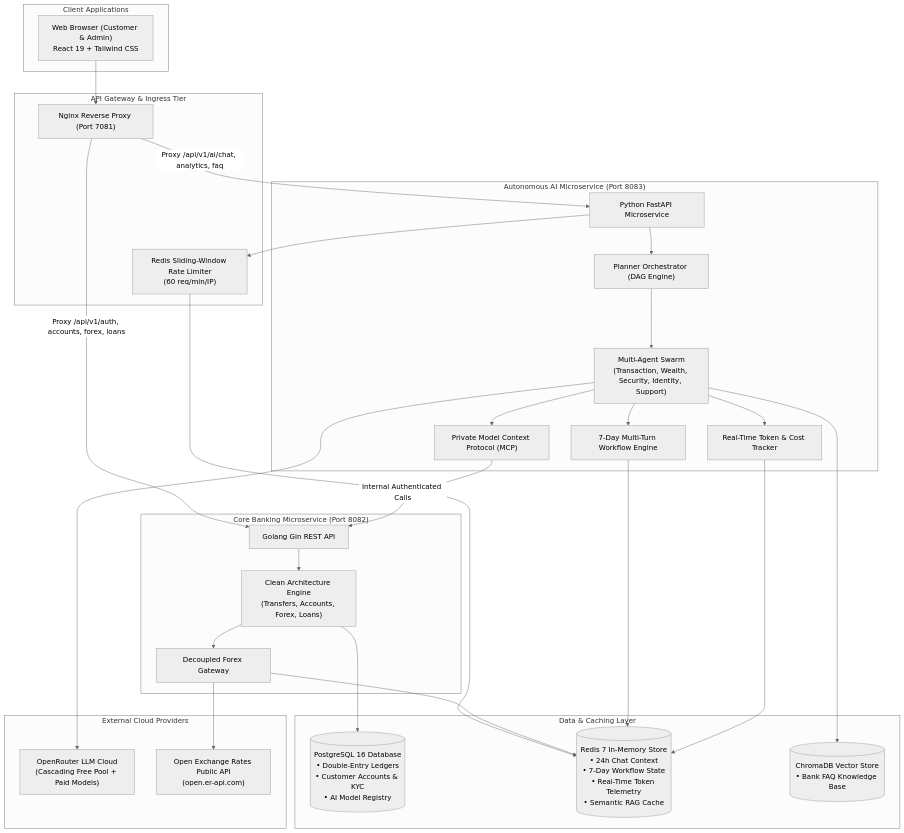
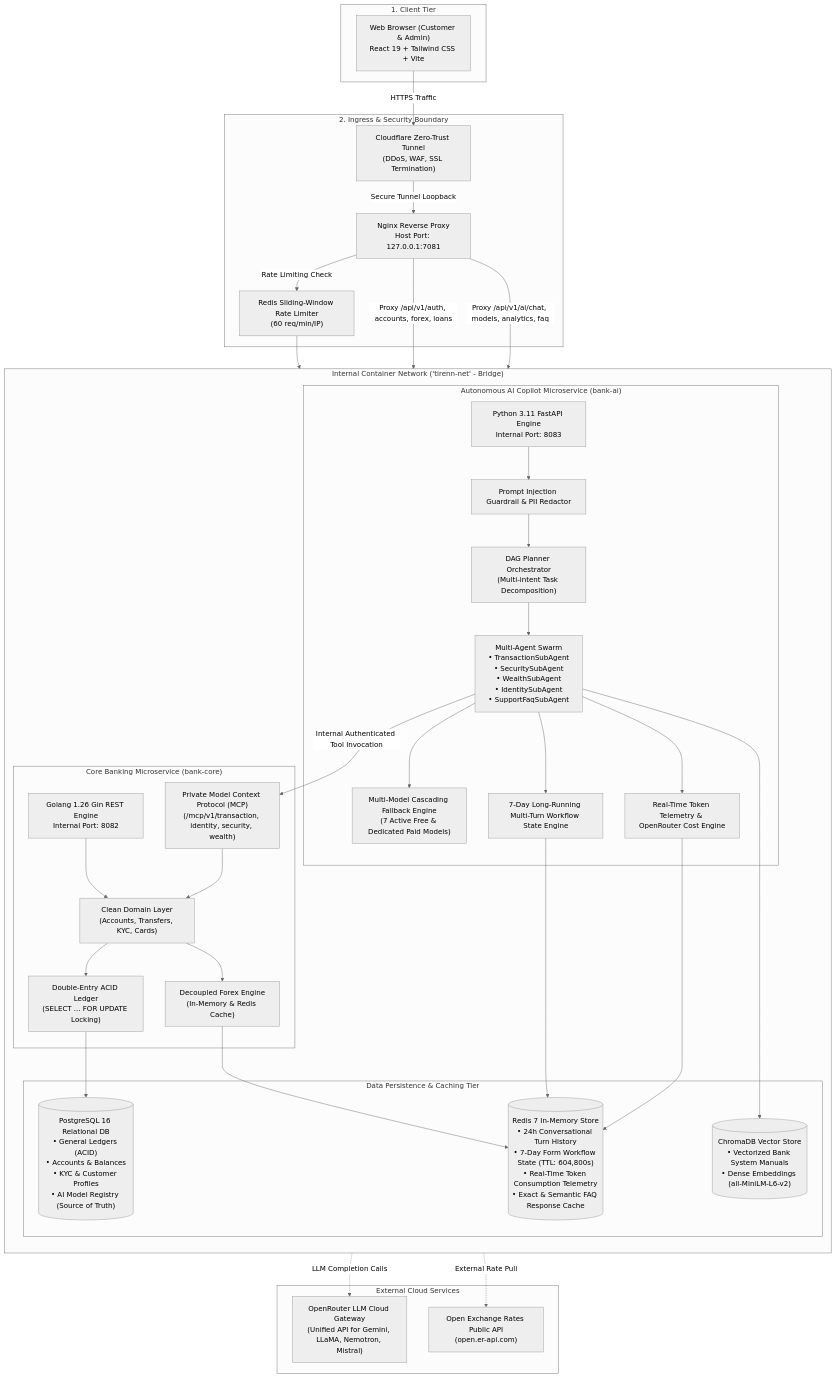
Before and after one commit to tirenn/bank: the first of 5 diagrams in ARCHITECTURE.md, drawn with Mermaid (neutral theme). The commit also changed other lines of this file and 2 other files, not shown here.

Commit message:
docs: add architecture and LLD flow diagrams and update documentation reference

````diff
--- a/ARCHITECTURE.md
+++ b/ARCHITECTURE.md
@@ -11,63 +15,77 @@
 ```mermaid
 flowchart TB
-    subgraph Clients ["Client Applications"]
-        WebClient["Web Browser (Customer & Admin)<br/>React 19 + Tailwind CSS"]
+    subgraph ClientTier ["1. Client Tier"]
+        WebClient["Web Browser (Customer & Admin)<br/>React 19 + Tailwind CSS + Vite"]
     end
 
-    subgraph Ingress ["API Gateway & Ingress Tier"]
-        Nginx["Nginx Reverse Proxy (Port 7081)"]
+    subgraph IngressTier ["2. Ingress & Security Boundary"]
+        CFTunnel["Cloudflare Zero-Trust Tunnel<br/>(DDoS, WAF, SSL Termination)"]
+        Nginx["Nginx Reverse Proxy<br/>Host Port: 127.0.0.1:7081"]
         RateLimiter["Redis Sliding-Window Rate Limiter<br/>(60 req/min/IP)"]
     end
 
-    subgraph CoreBanking ["Core Banking Microservice (Port 8082)"]
-        GinAPI["Golang Gin REST API"]
-        CleanArch["Clean Architecture Engine<br/>(Transfers, Accounts, Forex, Loans)"]
-        ForexGateway["Decoupled Forex Gateway"]
+    subgraph DockerNetwork ["Internal Container Network ('tirenn-net' - Bridge)"]
+        direction TB
+
+        subgraph CoreService ["Core Banking Microservice (bank-core)"]
+            GinAPI["Golang 1.26 Gin REST Engine<br/>Internal Port: 8082"]
+            CleanArch["Clean Domain Layer<br/>(Accounts, Transfers, KYC, Cards)"]
+            ACIDLedger["Double-Entry ACID Ledger<br/>(SELECT ... FOR UPDATE Locking)"]
+            ForexGateway["Decoupled Forex Engine<br/>(In-Memory & Redis Cache)"]
+            MCPServer["Private Model Context Protocol (MCP)<br/>(/mcp/v1/transaction, identity, security, wealth)"]
+        end
+
+        subgraph AIService ["Autonomous AI Copilot Microservice (bank-ai)"]
+            FastAPI["Python 3.11 FastAPI Engine<br/>Internal Port: 8083"]
+            Guardrails["Prompt Injection Guardrail & PII Redactor"]
+            Planner["DAG Planner Orchestrator<br/>(Multi-intent Task Decomposition)"]
+            SubAgents["Multi-Agent Swarm<br/>• TransactionSubAgent<br/>• SecuritySubAgent<br/>• WealthSubAgent<br/>• IdentitySubAgent<br/>• SupportFaqSubAgent"]
+            WorkflowEngine["7-Day Long-Running Multi-Turn Workflow State Engine"]
+            CostTracker["Real-Time Token Telemetry & OpenRouter Cost Engine"]
+            FallbackQueue["Multi-Model Cascading Fallback Engine<br/>(7 Active Free & Dedicated Paid Models)"]
+        end
+
+        subgraph DataLayer ["Data Persistence & Caching Tier"]
+            Postgres[("PostgreSQL 16 Relational DB<br/>• General Ledgers (ACID)<br/>• Accounts & Balances<br/>• KYC & Customer Profiles<br/>• AI Model Registry (Source of Truth)")]
+            RedisStore[("Redis 7 In-Memory Store<br/>• 24h Conversational Turn History<br/>• 7-Day Form Workflow State (TTL: 604,800s)<br/>• Real-Time Token Consumption Telemetry<br/>• Exact & Semantic FAQ Response Cache")]
+            ChromaStore[("ChromaDB Vector Store<br/>• Vectorized Bank System Manuals<br/>• Dense Embeddings (all-MiniLM-L6-v2)")]
+        end
     end
 
-    subgraph AIService ["Autonomous AI Microservice (Port 8083)"]
-        FastAPI["Python FastAPI Microservice"]
-        Planner["Planner Orchestrator (DAG Engine)"]
-        SubAgents["Multi-Agent Swarm<br/>(Transaction, Wealth, Security, Identity, Support)"]
-        WorkflowEngine["7-Day Multi-Turn Workflow Engine"]
-        CostTracker["Real-Time Token & Cost Tracker"]
-        MCP["Private Model Context Protocol (MCP)"]
-    end
-
-    subgraph DataTier ["Data & Caching Layer"]
-        Postgres[("PostgreSQL 16 Database<br/>• Double-Entry Ledgers<br/>• Customer Accounts & KYC<br/>• AI Model Registry")]
-        RedisStore[("Redis 7 In-Memory Store<br/>• 24h Chat Context<br/>• 7-Day Workflow State<br/>• Real-Time Token Telemetry<br/>• Semantic RAG Cache")]
-        ChromaStore[("ChromaDB Vector Store<br/>• Bank FAQ Knowledge Base")]
-    end
-
-    subgraph ExternalClouds ["External Cloud Providers"]
-        OpenRouter["OpenRouter LLM Cloud<br/>(Cascading Free Pool + Paid Models)"]
+    subgraph ExternalServices ["External Cloud Services"]
+        OpenRouter["OpenRouter LLM Cloud Gateway<br/>(Unified API for Gemini, LLaMA, Nemotron, Mistral)"]
         ForexAPI["Open Exchange Rates Public API<br/>(open.er-api.com)"]
     end
 
-    %% Flow connections
-    WebClient --> Nginx
-    Nginx -->|Proxy /api/v1/auth, accounts, forex, loans| GinAPI
-    Nginx -->|Proxy /api/v1/ai/chat, analytics, faq| FastAPI
-
-    FastAPI --> RateLimiter
+    %% Client and Ingress Connections
+    WebClient -->|HTTPS Traffic| CFTunnel
+    CFTunnel -->|Secure Tunnel Loopback| Nginx
+    Nginx -->|Rate Limiting Check| RateLimiter
     RateLimiter --> RedisStore
 
+    %% Internal Proxy Routing
+    Nginx -->|Proxy /api/v1/auth, accounts, forex, loans| GinAPI
+    Nginx -->|Proxy /api/v1/ai/chat, models, analytics, faq| FastAPI
+
+    %% Core Banking Flow
     GinAPI --> CleanArch
+    CleanArch --> ACIDLedger
+    ACIDLedger --> Postgres
     CleanArch --> ForexGateway
-    ForexGateway --> ForexAPI
     ForexGateway --> RedisStore
-    CleanArch --> Postgres
+    ForexGateway -.->|External Rate Pull| ForexAPI
 
-    FastAPI --> Planner
+    %% AI Copilot Internal Flow
+    FastAPI --> Guardrails
+    Guardrails --> Planner
     Planner --> SubAgents
-    SubAgents --> MCP
-    SubAgents --> OpenRouter
+    SubAgents --> FallbackQueue
+    FallbackQueue -.->|LLM Completion Calls| OpenRouter
+    SubAgents --> ChromaStore
     SubAgents --> WorkflowEngine
     SubAgents --> CostTracker
-    SubAgents --> ChromaStore
-
     WorkflowEngine --> RedisStore
     CostTracker --> RedisStore
-    MCP -->|Internal Authenticated Calls| GinAPI
+    SubAgents -->|Internal Authenticated Tool Invocation| MCPServer
+    MCPServer --> CleanArch
 ```
````
